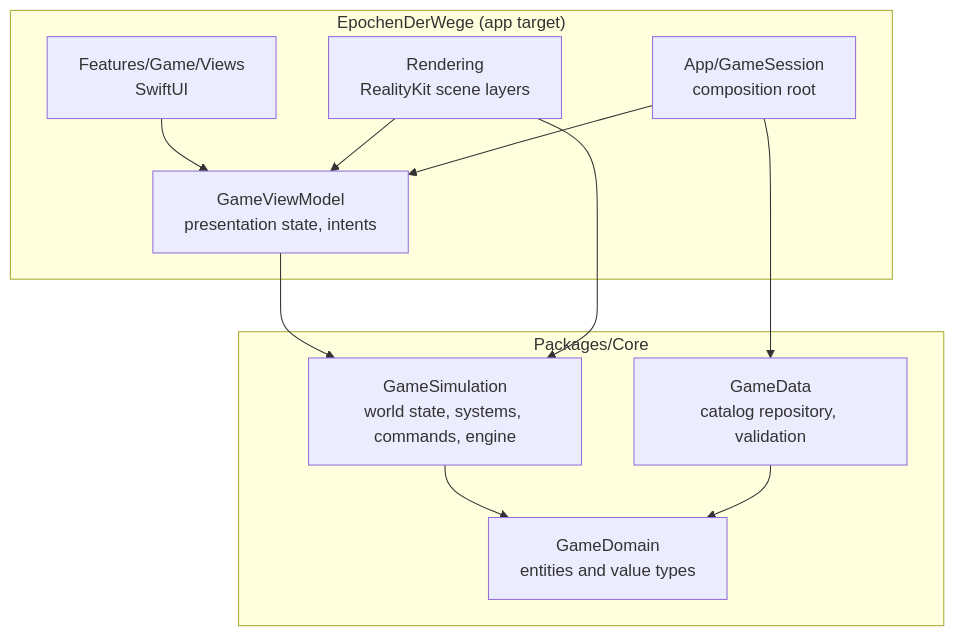
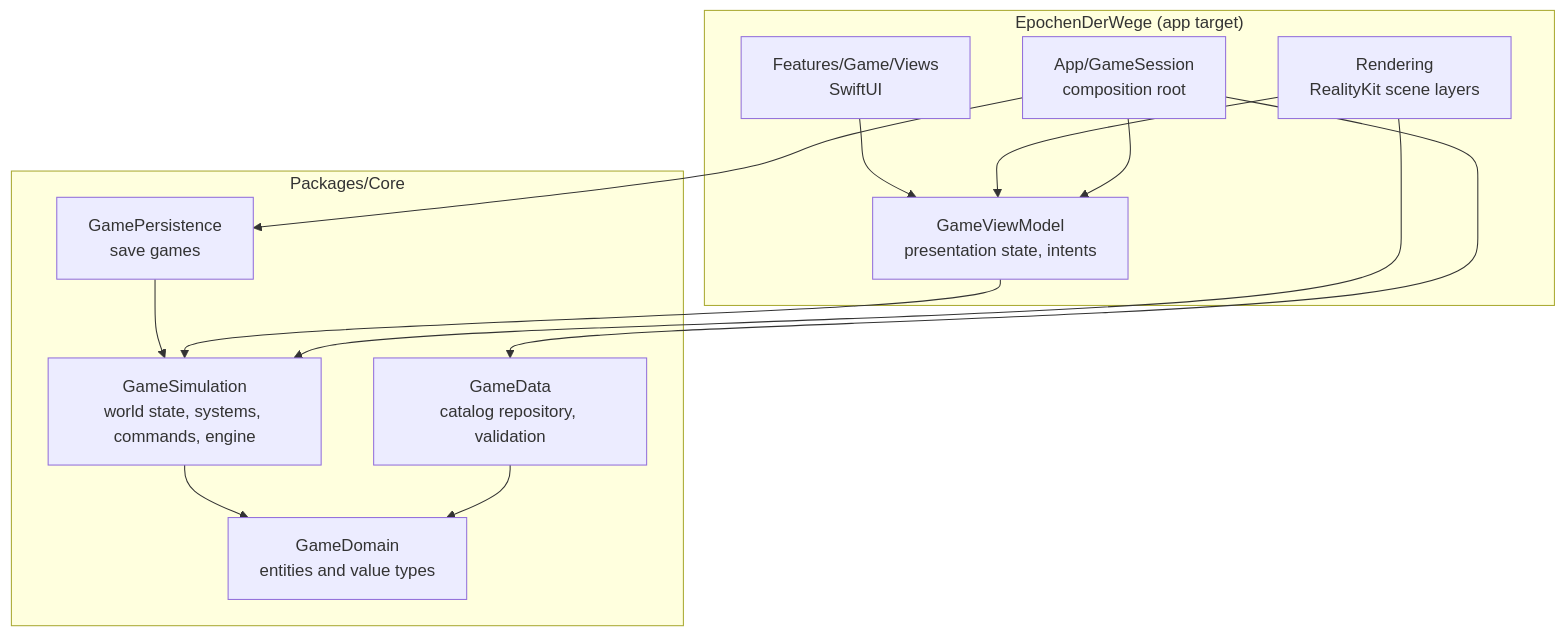
Before and after one commit to 502Proxy/EpochenDerWege: the first of 2 diagrams in docs/Architecture.md, drawn with Mermaid. The commit also changed other lines of this file and 19 other files, not shown here.

First line of the commit message:
feat: save and load games

````diff
--- a/docs/Architecture.md
+++ b/docs/Architecture.md
@@ -19,22 +19,25 @@
 ```mermaid
 flowchart TB
     subgraph App["EpochenDerWege (app target)"]
         Views["Features/Game/Views<br/>SwiftUI"]
         VM["GameViewModel<br/>presentation state, intents"]
         Rendering["Rendering<br/>RealityKit scene layers"]
         Root["App/GameSession<br/>composition root"]
     end
     subgraph Core["Packages/Core"]
+        Persistence["GamePersistence<br/>save games"]
         Simulation["GameSimulation<br/>world state, systems, commands, engine"]
         Data["GameData<br/>catalog repository, validation"]
         Domain["GameDomain<br/>entities and value types"]
     end
     Views --> VM
     Rendering --> VM
     Root --> VM
     Root --> Data
+    Root --> Persistence
+    Persistence --> Simulation
     VM --> Simulation
     Rendering --> Simulation
     Simulation --> Domain
     Data --> Domain
 ```
````
